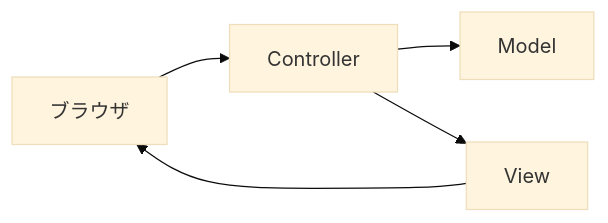
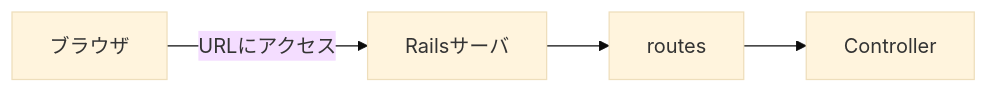
One commit to TORIFUKUKaiou/rails-dojo-year1-content changed the fourth of 6 diagrams in 11/orientation.md. Above: the diagram before and after it, drawn with Mermaid (base theme). The commit also changed other lines of this file, not shown here.

````diff
--- a/11/orientation.md
+++ b/11/orientation.md
@@ -111,7 +110,6 @@
 ```mermaid
 flowchart LR
-    A[ブラウザ] --> B[Controller]
-    B --> C[Model]
-    B --> D[View]
-    D --> A
+    A[ブラウザ] -- URLにアクセス --> B[Railsサーバ]
+    B --> C[routes]
+    C --> D[Controller]
 ```
````
